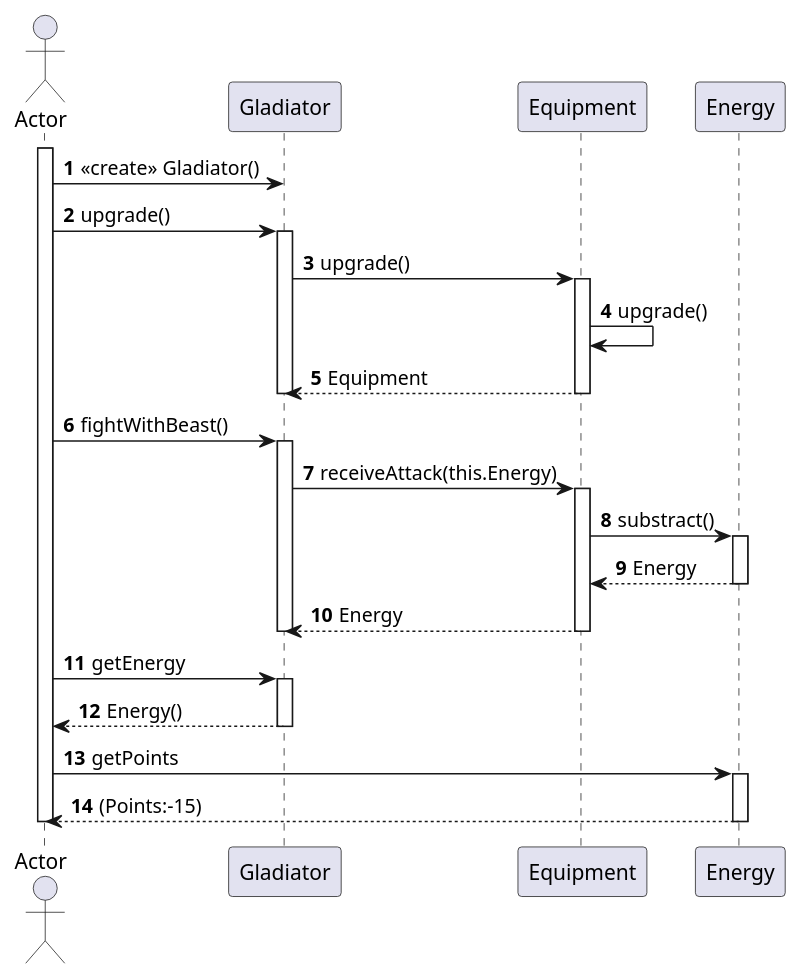
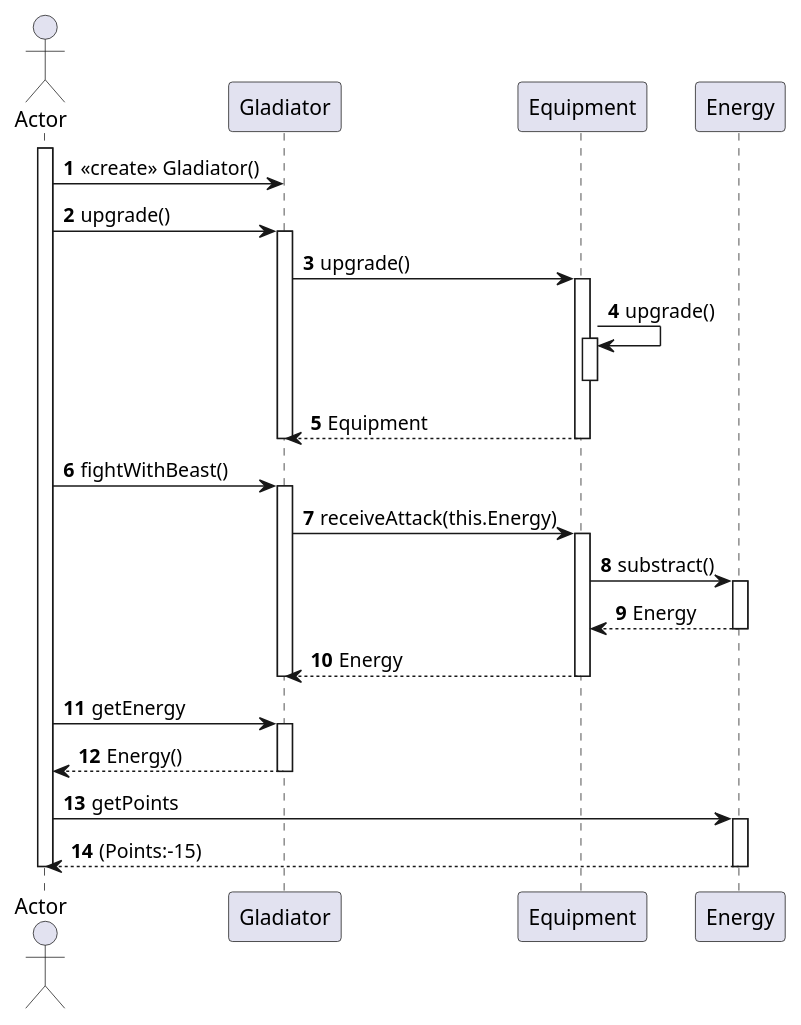
The diagram in diagrams/sequences/useCase07.puml (PabloGCH/tp2-algo3), drawn with PlantUML before and after one commit. The commit also changed 2 other files, not shown here.

```diff
--- a/diagrams/sequences/useCase07.puml
+++ b/diagrams/sequences/useCase07.puml
@@ -1,44 +1,46 @@
 @startuml
 'https://plantuml.com/sequence-diagram
 
 autonumber
 
 actor Actor
 
 activate Actor
 Actor -> Gladiator: <<create>> Gladiator()
 Actor -> Gladiator: upgrade()
 
 activate Gladiator
-Gladiator -> Equipment: upgrade()
+    Gladiator -> Equipment: upgrade()   
+    activate Equipment
+        Equipment -> Equipment: upgrade()
+        activate Equipment
+        deactivate Equipment
+        Equipment --> Gladiator: Equipment
+    deactivate Equipment
+deactivate Gladiator
 
-activate Equipment
-Equipment -> Equipment: upgrade()
-Equipment --> Gladiator: Equipment
-deactivate Equipment
-deactivate Gladiator
 Actor-> Gladiator: fightWithBeast()
 activate Gladiator
-Gladiator -> Equipment: receiveAttack(this.Energy)
-activate Equipment
-Equipment->Energy: substract()
-activate Energy
-Energy --> Equipment: Energy
-deactivate Energy
-Equipment --> Gladiator: Energy
-deactivate Equipment
+    Gladiator -> Equipment: receiveAttack(this.Energy)
+    activate Equipment
+        Equipment->Energy: substract()
+        activate Energy
+            Energy --> Equipment: Energy
+        deactivate Energy
+        Equipment --> Gladiator: Energy
+    deactivate Equipment
 deactivate Gladiator
 
 Actor -> Gladiator : getEnergy
 activate Gladiator
-Gladiator --> Actor : Energy()
+    Gladiator --> Actor : Energy()
 deactivate Gladiator
 
 
 Actor -> Energy : getPoints
 activate Energy
-Energy --> Actor : (Points:-15)
+    Energy --> Actor : (Points:-15)
 deactivate Energy
 
 deactivate Actor
 @enduml
```
